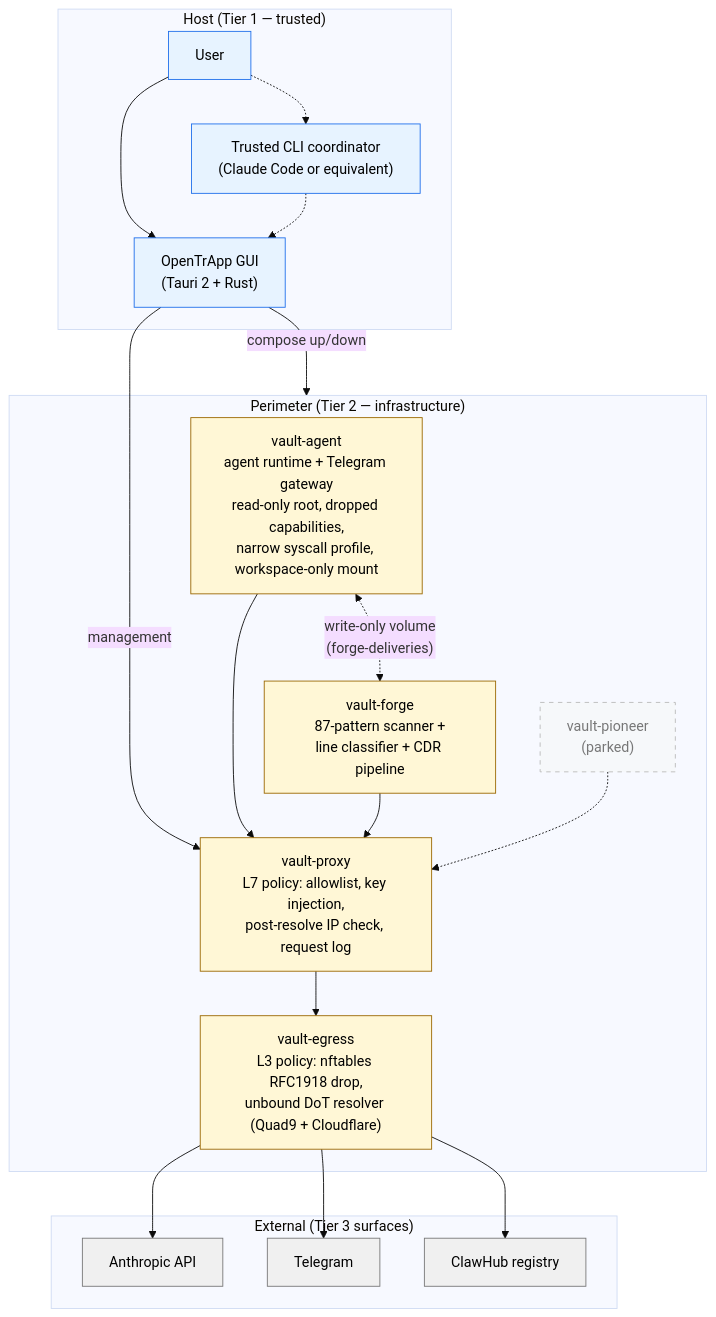
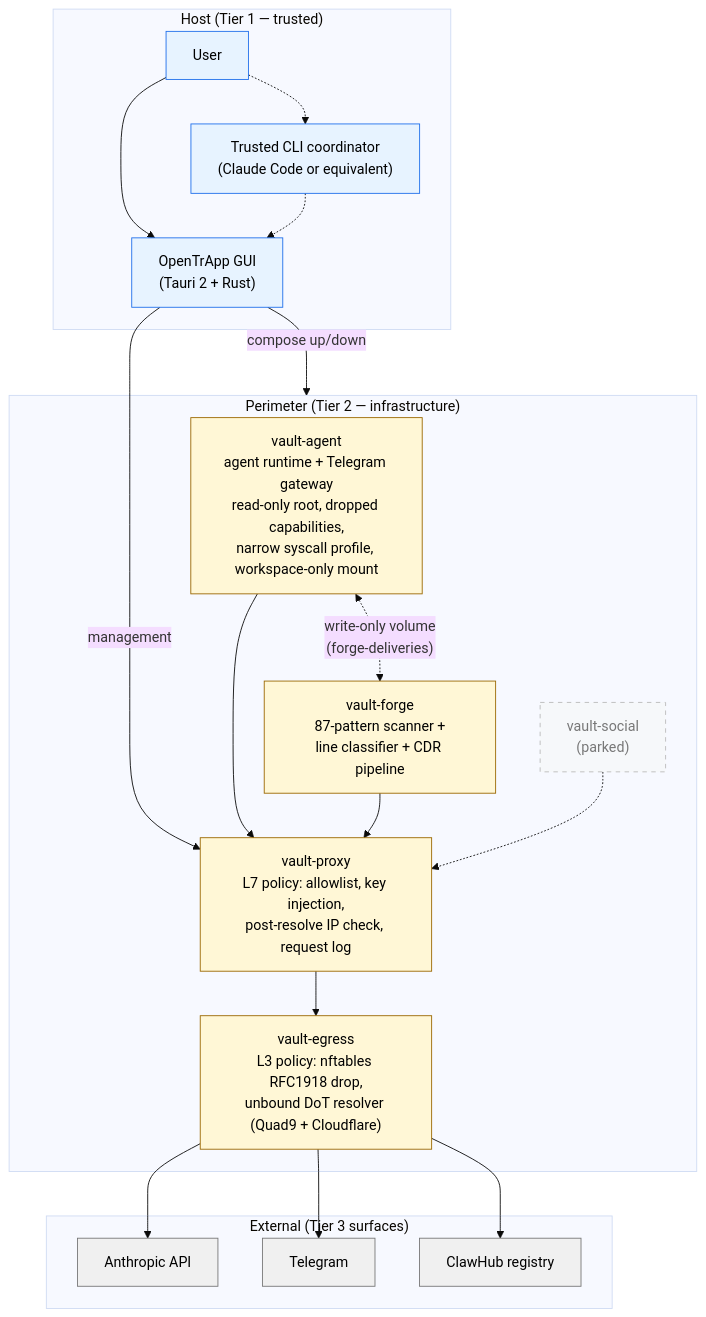
One commit to albertdobmeyer/opentrapp changed the first of 5 diagrams in docs/diagrams.md. Above: the diagram before and after it, drawn with Mermaid (base theme). The commit also changed other lines of this file and 352 other files, not shown here.

````diff
--- a/docs/diagrams.md
+++ b/docs/diagrams.md
@@ -17,48 +17,48 @@
 ```mermaid
 flowchart TB
     subgraph HOST["Host (Tier 1 — trusted)"]
         USER[User]
         GUI["OpenTrApp GUI<br/>(Tauri 2 + Rust)"]
         COORD["Trusted CLI coordinator<br/>(Claude Code or equivalent)"]
     end
 
     subgraph PERIMETER["Perimeter (Tier 2 — infrastructure)"]
         AGENT["vault-agent<br/>agent runtime + Telegram gateway<br/>read-only root, dropped capabilities,<br/>narrow syscall profile, workspace-only mount"]
         FORGE["vault-forge<br/>87-pattern scanner +<br/>line classifier + CDR pipeline"]
-        PIONEER["vault-pioneer<br/>(parked)"]
+        PIONEER["vault-social<br/>(parked)"]
         PROXY["vault-proxy<br/>L7 policy: allowlist, key injection,<br/>post-resolve IP check, request log"]
         EGRESS["vault-egress<br/>L3 policy: nftables RFC1918 drop,<br/>unbound DoT resolver (Quad9 + Cloudflare)"]
     end
 
     subgraph EXTERNAL["External (Tier 3 surfaces)"]
         ANTHROPIC[Anthropic API]
         TELEGRAM[Telegram]
         CLAWHUB[ClawHub registry]
     end
 
     USER --> GUI
     USER -.-> COORD
     COORD -.-> GUI
     GUI -->|compose up/down| PERIMETER
     GUI -->|management| PROXY
 
     AGENT --> PROXY
     FORGE --> PROXY
     PIONEER -.-> PROXY
     AGENT <-.->|"write-only volume<br/>(forge-deliveries)"| FORGE
 
     PROXY --> EGRESS
     EGRESS --> ANTHROPIC
     EGRESS --> TELEGRAM
     EGRESS --> CLAWHUB
 
     classDef trusted fill:#e7f3ff,stroke:#1f6feb,color:#000
     classDef perim fill:#fff7d6,stroke:#9a6700,color:#000
     classDef parked fill:#f6f8fa,stroke:#bbb,color:#777,stroke-dasharray: 5 5
     classDef external fill:#f0f0f0,stroke:#777,color:#000
 
     class USER,GUI,COORD trusted
     class AGENT,FORGE,PROXY,EGRESS perim
     class PIONEER parked
     class ANTHROPIC,TELEGRAM,CLAWHUB external
 ```
````
